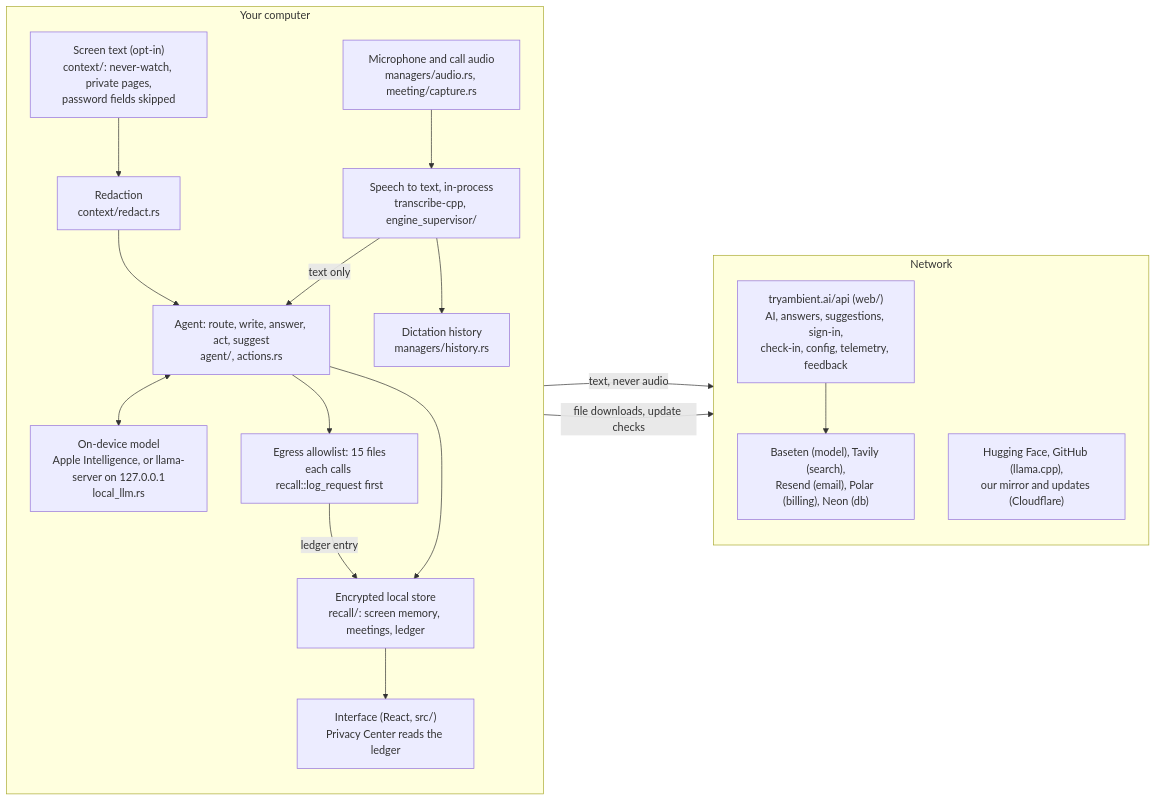
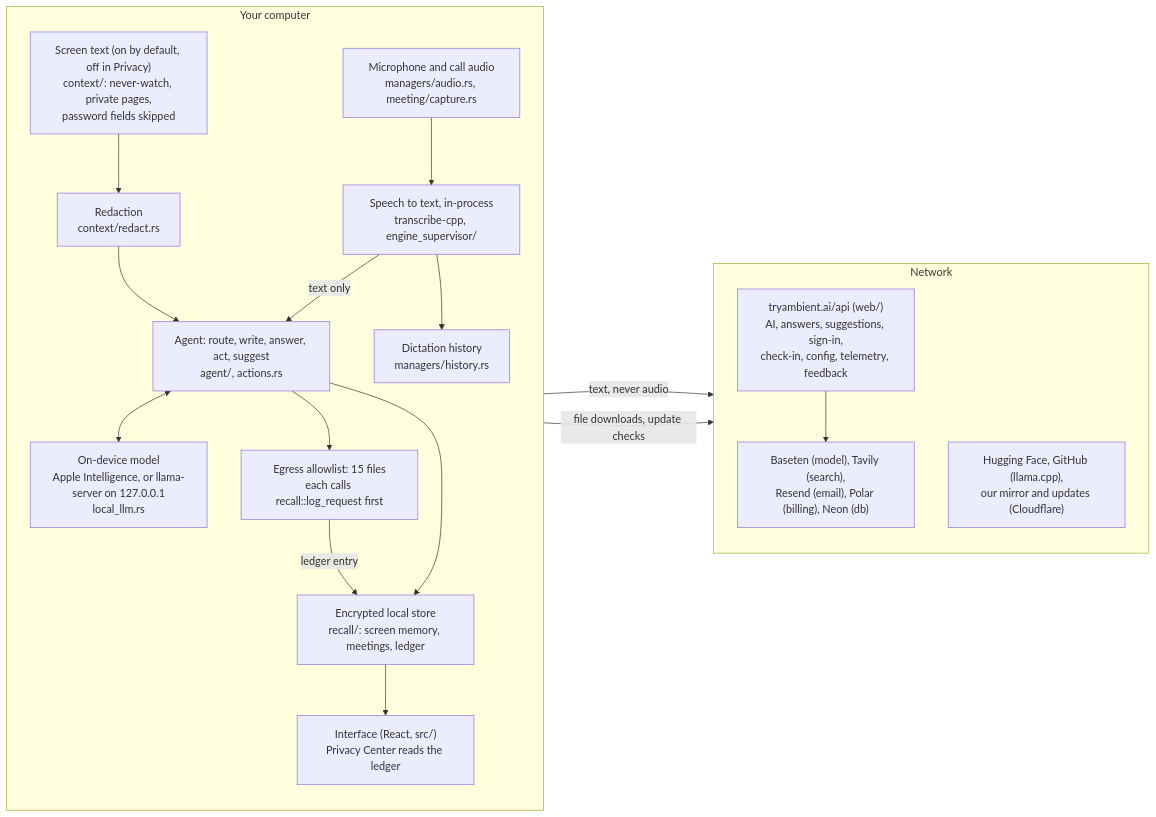
One commit to matt-nowakowski/ambient changed the diagram in docs/ARCHITECTURE.md. Above: the diagram before and after it, drawn with Mermaid. The commit also changed 9 other files, not shown here.

First line of the commit message:
docs: say screen reading and suggestions are on by default

````diff
--- a/docs/ARCHITECTURE.md
+++ b/docs/ARCHITECTURE.md
@@ -14,37 +14,37 @@
 ```mermaid
 flowchart LR
   subgraph device["Your computer"]
     direction TB
     mic["Microphone and call audio<br/>managers/audio.rs, meeting/capture.rs"]
     stt["Speech to text, in-process<br/>transcribe-cpp, engine_supervisor/"]
-    screen["Screen text (opt-in)<br/>context/: never-watch, private pages,<br/>password fields skipped"]
+    screen["Screen text (on by default, off in Privacy)<br/>context/: never-watch, private pages,<br/>password fields skipped"]
     redact["Redaction<br/>context/redact.rs"]
     agent["Agent: route, write, answer, act, suggest<br/>agent/, actions.rs"]
     local["On-device model<br/>Apple Intelligence, or llama-server on 127.0.0.1<br/>local_llm.rs"]
     store["Encrypted local store<br/>recall/: screen memory, meetings, ledger"]
     history["Dictation history<br/>managers/history.rs"]
     ui["Interface (React, src/)<br/>Privacy Center reads the ledger"]
     egress["Egress allowlist: 15 files<br/>each calls recall::log_request first"]
 
     mic --> stt
     stt -- "text only" --> agent
     stt --> history
     screen --> redact --> agent
     agent <--> local
     agent --> store
     agent --> egress
     store --> ui
     egress -- "ledger entry" --> store
   end
 
   subgraph net["Network"]
     direction TB
     api["tryambient.ai/api (web/)<br/>AI, answers, suggestions, sign-in,<br/>check-in, config, telemetry, feedback"]
     providers["Baseten (model), Tavily (search),<br/>Resend (email), Polar (billing), Neon (db)"]
     files["Hugging Face, GitHub (llama.cpp),<br/>our mirror and updates (Cloudflare)"]
   end
 
   egress -- "text, never audio" --> api
   api --> providers
   egress -- "file downloads, update checks" --> files
 ```
````
